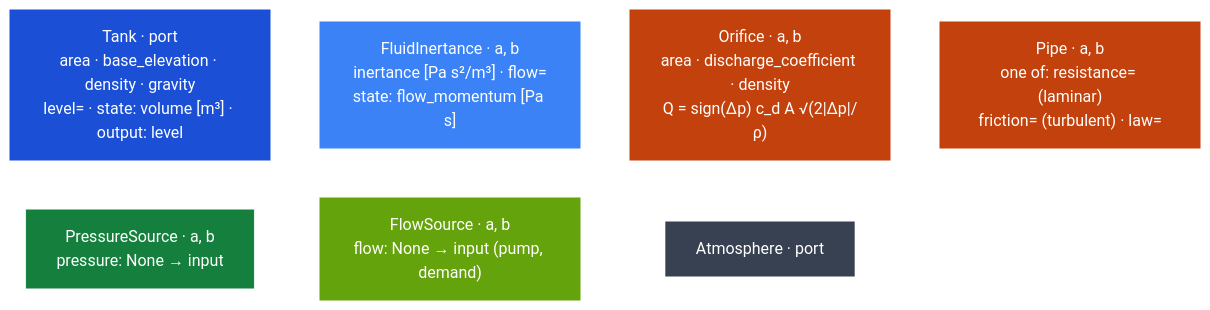
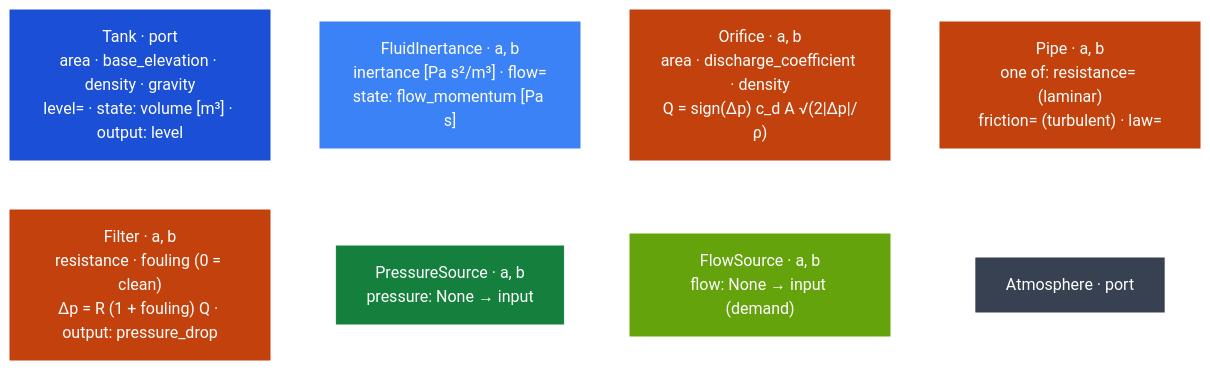
One commit to otwin-core/otwin changed the sixth of 11 diagrams in COMPONENTS.md. Above: the diagram before and after it, drawn with Mermaid. The commit also changed other lines of this file and 16 other files, not shown here.

````diff
--- a/COMPONENTS.md
+++ b/COMPONENTS.md
@@ -261,18 +262,19 @@
 ```mermaid
 flowchart LR
     classDef as fill:#1a4fd6,color:#fff,stroke:#1a4fd6
     classDef ts fill:#3b82f6,color:#fff,stroke:#3b82f6
     classDef rs fill:#c2410c,color:#fff,stroke:#c2410c
     classDef ax fill:#15803d,color:#fff,stroke:#15803d
     classDef tx fill:#65a30d,color:#fff,stroke:#65a30d
     classDef rf fill:#374151,color:#fff,stroke:#374151
     H1["Tank · port<br/>area · base_elevation · density · gravity<br/>level= · state: volume [m³] · output: level"]:::as
     H2["FluidInertance · a, b<br/>inertance [Pa s²/m³] · flow=<br/>state: flow_momentum [Pa s]"]:::ts
     H3["Orifice · a, b<br/>area · discharge_coefficient · density<br/>Q = sign(Δp) c_d A √(2|Δp|/ρ)"]:::rs
     H4["Pipe · a, b<br/>one of: resistance= (laminar)<br/>friction= (turbulent) · law="]:::rs
+    H4b["Filter · a, b<br/>resistance · fouling (0 = clean)<br/>Δp = R (1 + fouling) Q · output: pressure_drop"]:::rs
     H5["PressureSource · a, b<br/>pressure: None → input"]:::ax
-    H6["FlowSource · a, b<br/>flow: None → input (pump, demand)"]:::tx
+    H6["FlowSource · a, b<br/>flow: None → input (demand)"]:::tx
     H7["Atmosphere · port"]:::rf
     H1 ~~~ H2 ~~~ H3 ~~~ H4
-    H5 ~~~ H6 ~~~ H7
+    H4b ~~~ H5 ~~~ H6 ~~~ H7
 ```
````
